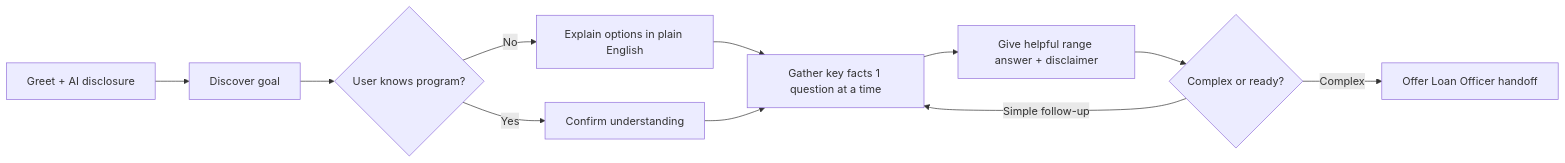
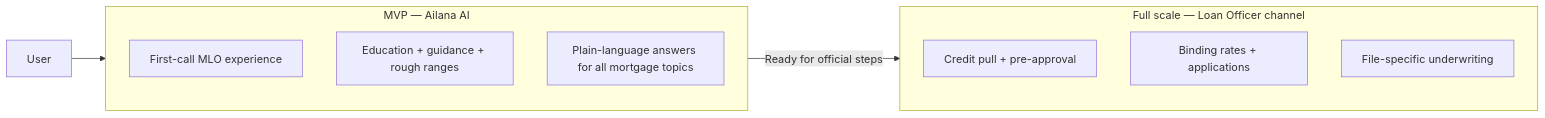
Before and after one commit to CONVERGENT-A-I/ConvergentAI: the first of 3 diagrams in plan.md, drawn with Mermaid. The commit also changed other lines of this file and 12 other files, not shown here.

````diff
--- a/plan.md
+++ b/plan.md
@@ -231,13 +29,17 @@
 ```mermaid
 flowchart LR
-    A[Greet + AI disclosure] --> B[Discover goal]
-    B --> C{User knows program?}
-    C -->|No| D[Explain options in plain English]
-    C -->|Yes| E[Confirm understanding]
-    D --> F[Gather key facts 1 question at a time]
-    E --> F
-    F --> G[Give helpful range answer + disclaimer]
-    G --> H{Complex or ready?}
-    H -->|Complex| I[Offer Loan Officer handoff]
-    H -->|Simple follow-up| F
+    subgraph MVP["MVP — Ailana AI"]
+        A[First-call MLO experience]
+        B[Education + guidance + rough ranges]
+        C[Plain-language answers for all mortgage topics]
+    end
+
+    subgraph Full["Full scale — Loan Officer channel"]
+        D[Credit pull + pre-approval]
+        E[Binding rates + applications]
+        F[File-specific underwriting]
+    end
+
+    User --> MVP
+    MVP -->|"Ready for official steps"| Full
 ```
````
